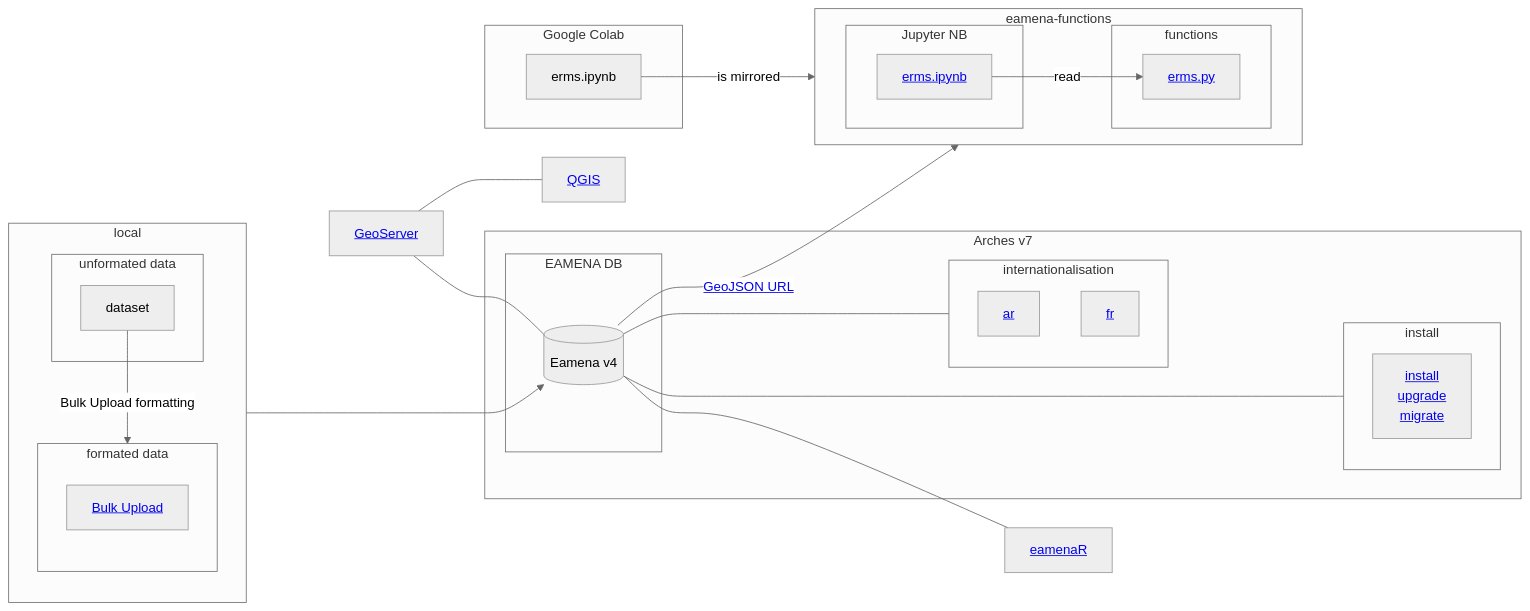
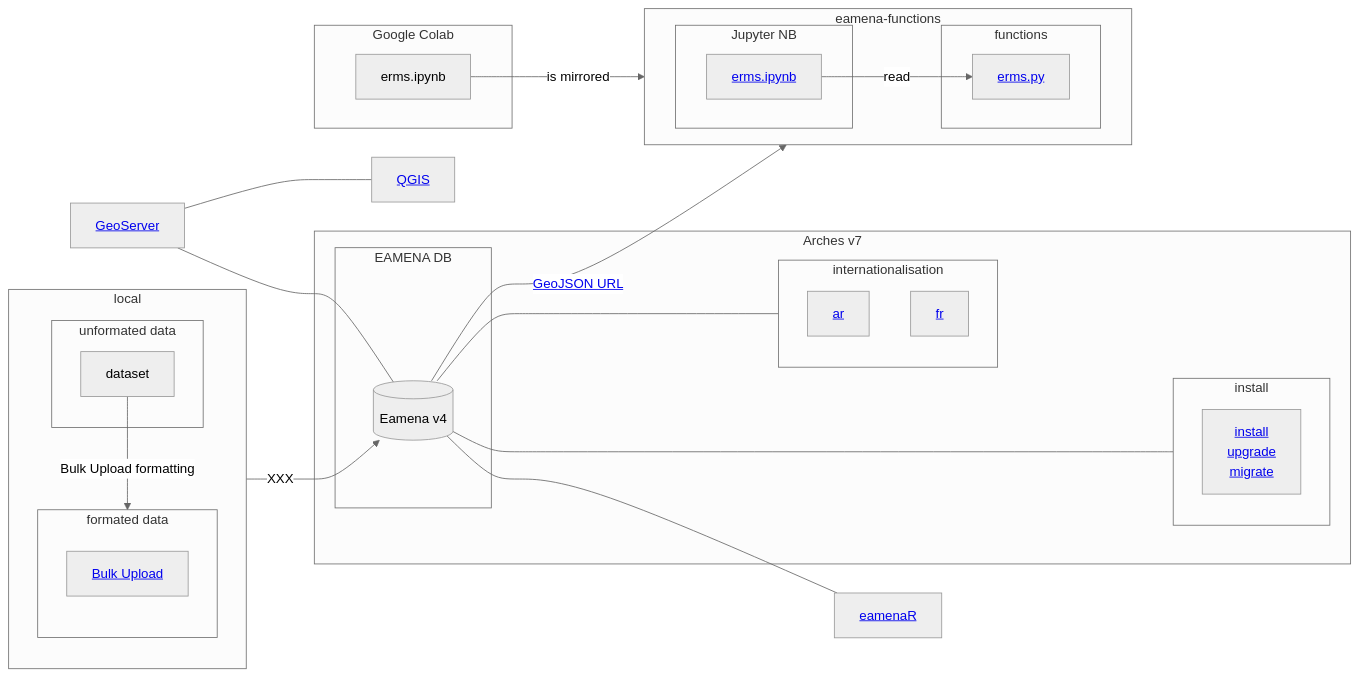
One commit to eamena-project/eamena-arches-dev changed the diagram in dbs/database.eamena/README.md. Above: the diagram before and after it, drawn with Mermaid (neutral theme).

````diff
--- a/dbs/database.eamena/README.md
+++ b/dbs/database.eamena/README.md
@@ -5,44 +5,44 @@
 ```mermaid
 flowchart LR
   subgraph Arches v7
     subgraph EAMENA DB
     ea[(Eamena v4)]
     end
     subgraph internationalisation
       id6[<a href='https://github.com/eamena-project/eamena-arches-dev/tree/main/dbs/database.eamena/internationalisation'>ar</a>];
       id7[<a href='https://github.com/eamena-project/eamena-arches-dev/tree/main/dbs/database.eamena/internationalisation'>fr</a>];
     end 
     subgraph install
       id8[<a href='https://github.com/eamena-project/eamena-arches-dev/tree/main/dbs/database.eamena/install'>install<br>upgrade<br>migrate</a>];
     end 
   end
   id3[<a href='https://github.com/eamena-project/eamena-arches-dev/tree/main/geoserver'>GeoServer</a>] --- ea;
   id3 --- id4[<a href='https://github.com/eamena-project/eamena-arches-dev/tree/main/gis/qgis'>QGIS</a>];
   subgraph local
     direction TB
     subgraph unformated data
       id9A[dataset]
     end
     subgraph formated data
       direction TB
       id9A -- Bulk Upload formatting --> id9B[<a href='https://github.com/eamena-project/eamena-arches-dev/tree/main/data/bulk#readme'>Bulk Upload</a>];
-      id9B ----> ea;
+      id9B -- XXX --> ea;
     end
   end
   subgraph eamena-functions
     direction LR
     subgraph functions
       idf1[<a href='https://github.com/eamena-project/eamena-functions/tree/main/erms'>erms.py</a>]
     end
     subgraph Jupyter NB
       idf2[<a href='https://github.com/eamena-project/eamena-functions/tree/main/erms'>erms.ipynb</a>] -- read --> idf1
     end
   end
   subgraph Google Colab
     idg1[erms.ipynb] -- is mirrored --> idf2
   end
   ea -- <a href='query#url'>GeoJSON URL</a> --> idf1
   ea --- id5[<a href='https://github.com/eamena-project/eamenaR'>eamenaR</a>];
   ea --- internationalisation
   ea <--- install
 ```
````
